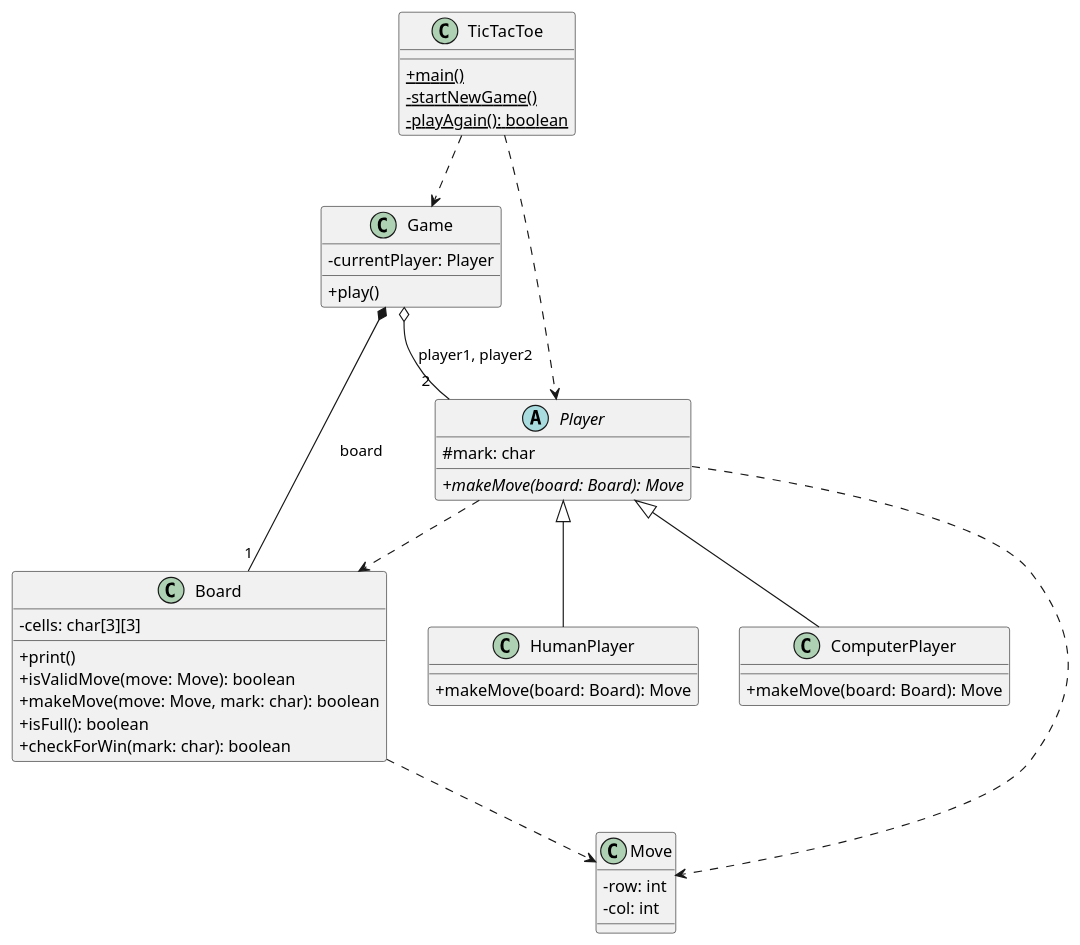
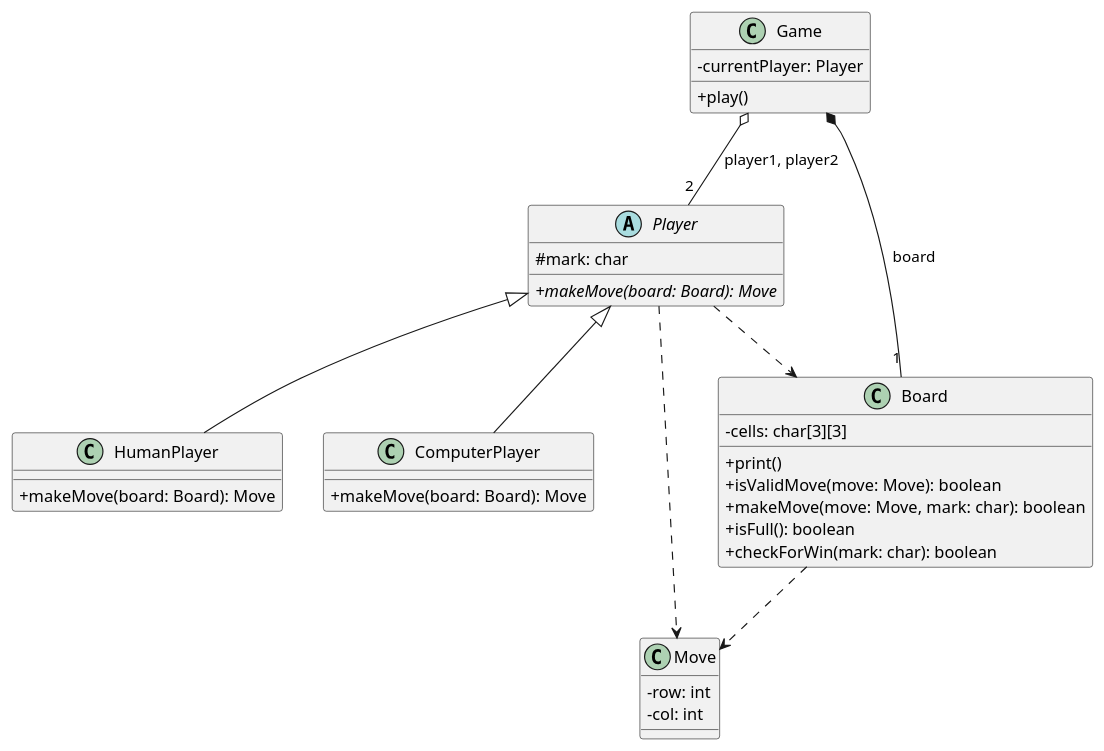
One commit to niccap/tictactoe changed the diagram in uml/Conceptual Class Diagram.puml. Above: the diagram before and after it, drawn with PlantUML.

Commit message:
Initial Version

```diff
--- a/uml/Conceptual Class Diagram.puml
+++ b/uml/Conceptual Class Diagram.puml
@@ -1,51 +1,43 @@
 @startuml
 skinparam classAttributeIconSize 0
 
 abstract class Player {
   # mark: char
   + {abstract} makeMove(board: Board): Move
 }
 
 class HumanPlayer {
   + makeMove(board: Board): Move
 }
 
 class ComputerPlayer {
   + makeMove(board: Board): Move
 }
 
 class Board {
   - cells: char[3][3]
   + print()
   + isValidMove(move: Move): boolean
   + makeMove(move: Move, mark: char): boolean
   + isFull(): boolean
   + checkForWin(mark: char): boolean
 }
 
 class Game {
   - currentPlayer: Player
   + play()
 }
 
 class Move {
   - row: int
   - col: int
 }
 
-class TicTacToe {
-  + {static} main()
-  - {static} startNewGame()
-  - {static} playAgain(): boolean
-}
-
-TicTacToe ..> Player
-TicTacToe ..> Game
 Game o-- "2" Player: player1, player2
 Game *-- "1" Board: board
 Board ..> Move
 Player ..> Move
 Player ..> Board
 Player <|-- ComputerPlayer
 Player <|-- HumanPlayer
 @enduml
```
